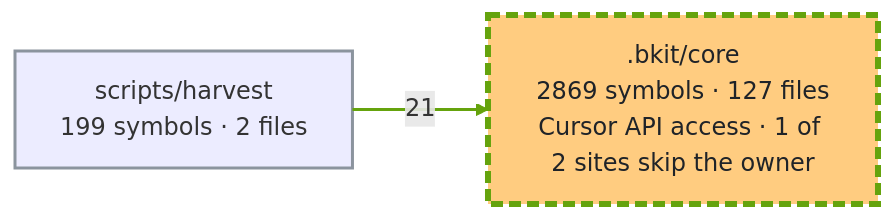
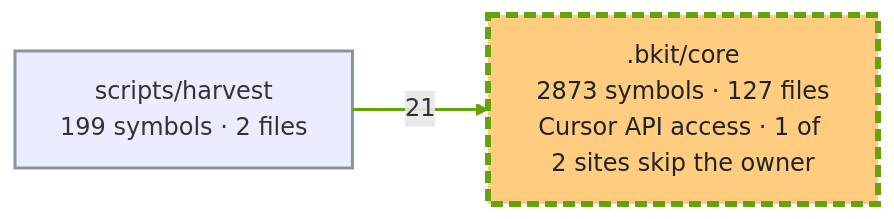
The first of 2 diagrams in docs/capabilities.md (cbartens/bkit), drawn with Mermaid before and after one commit. The commit also changed other lines of this file and 53 other files, not shown here.

````diff
--- a/docs/capabilities.md
+++ b/docs/capabilities.md
@@ -150,16 +150,16 @@
 ```mermaid
 ---
 config:
   layout: elk
   flowchart:
     useMaxWidth: false
 ---
 flowchart LR
-  %% Generated by bkit-graphify-rollup.py from 546647caa5ac6deaf434628d4c3a5ddcbe1791ca — do not edit
-  n_bkit_core[".bkit/core<br/>2869 symbols · 127 files<br/>Cursor API access · 1 of 2 sites skip the owner"]
+  %% Generated by bkit-graphify-rollup.py from 0905040f40c2f1ec907ebefb8aaae211796941a5 — do not edit
+  n_bkit_core[".bkit/core<br/>2873 symbols · 127 files<br/>Cursor API access · 1 of 2 sites skip the owner"]
   nscripts_harvest["scripts/harvest<br/>199 symbols · 2 files"]
   nscripts_harvest -->|21| n_bkit_core
   style n_bkit_core stroke:#65a30d,stroke-width:4px,stroke-dasharray:8 4,fill:#ffcc80,color:#1f2328
   style nscripts_harvest stroke:#8b949e,stroke-width:2px
   linkStyle 0 stroke:#65a30d,stroke-width:2px
 ```
````
